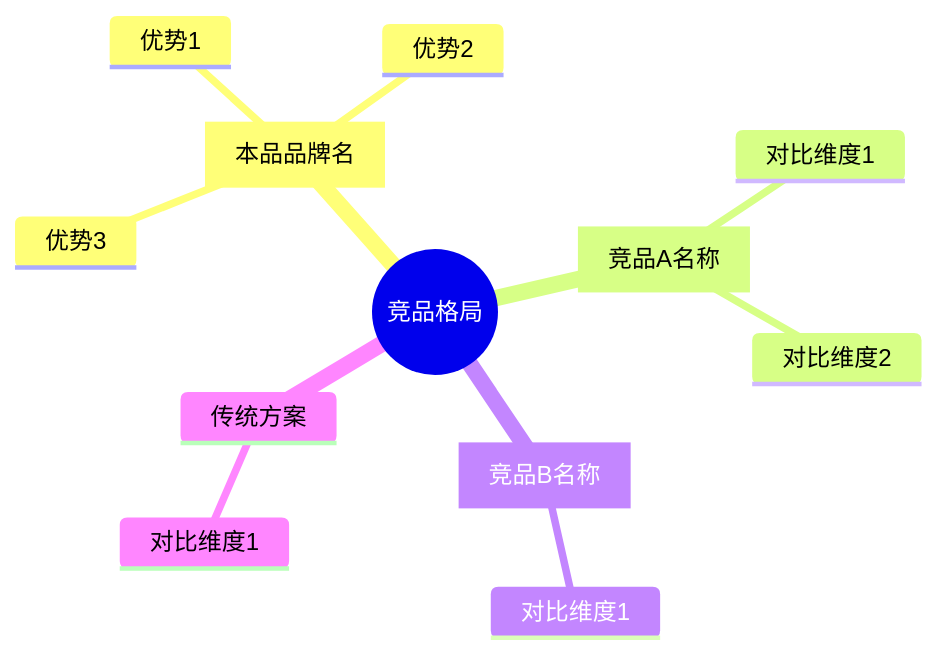
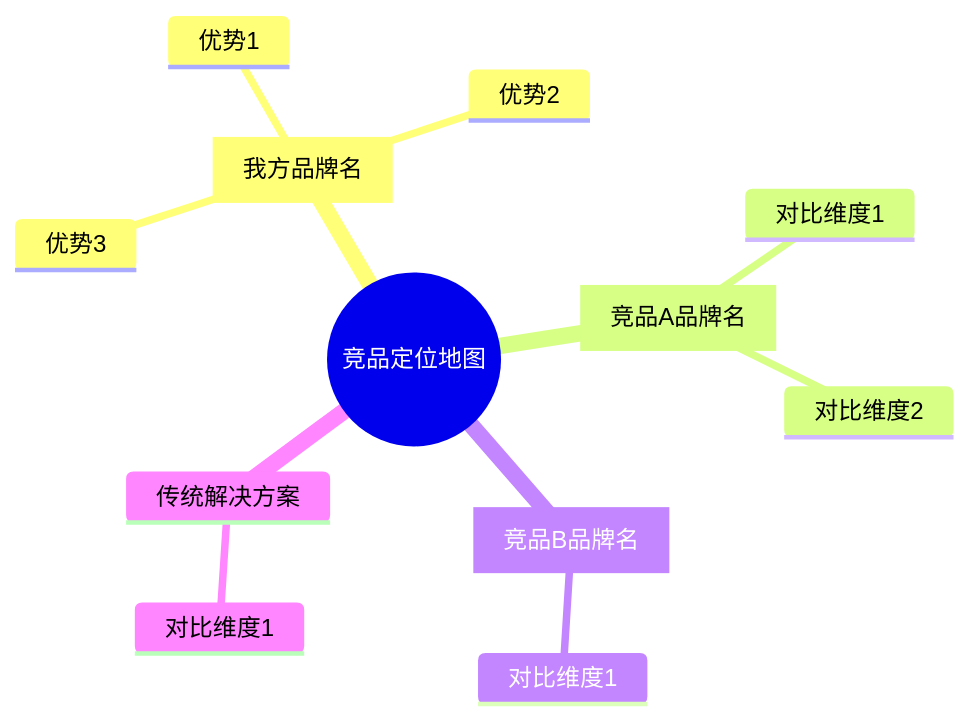
Before and after one commit to buluslan/review-analyzer-skill: the diagram in src/prompts/chapters/chapter_07_opportunities.md, drawn with Mermaid. The commit also changed other lines of this file and 3 other files, not shown here.

First line of the commit message:
feat: mermaid图表改为中文标签 + 补全飞书白板缺失图表

````diff
--- a/src/prompts/chapters/chapter_07_opportunities.md
+++ b/src/prompts/chapters/chapter_07_opportunities.md
@@ -11,15 +13,15 @@
 ```mermaid
 mindmap
-  root((竞品格局))
-    [本品品牌名]
+  root((竞品定位地图))
+    [我方品牌名]
       优势1
       优势2
       优势3
-    [竞品A名称]
+    [竞品A品牌名]
       对比维度1
       对比维度2
-    [竞品B名称]
+    [竞品B品牌名]
       对比维度1
-    传统方案
+    传统解决方案
       对比维度1
 ```
````
